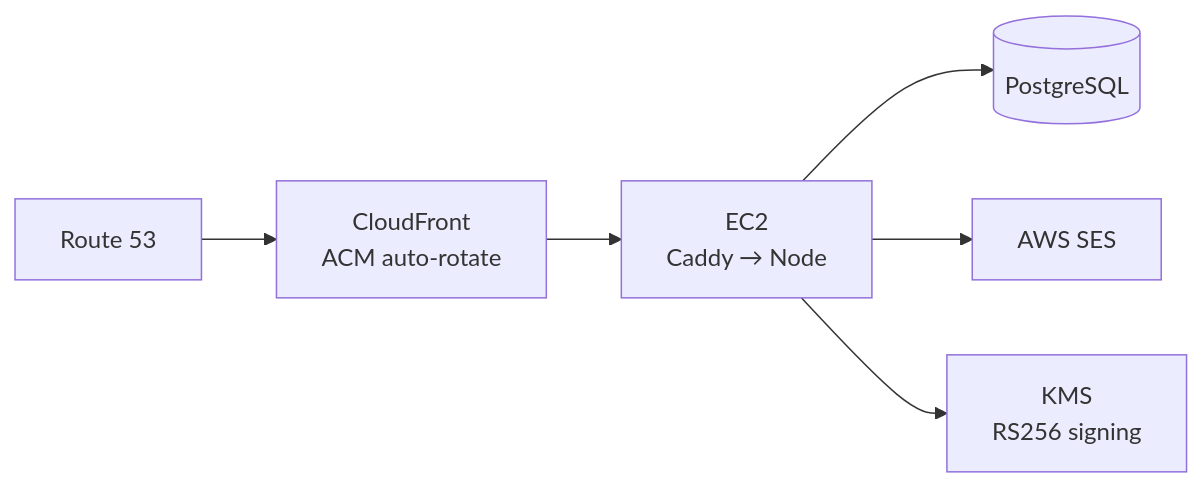
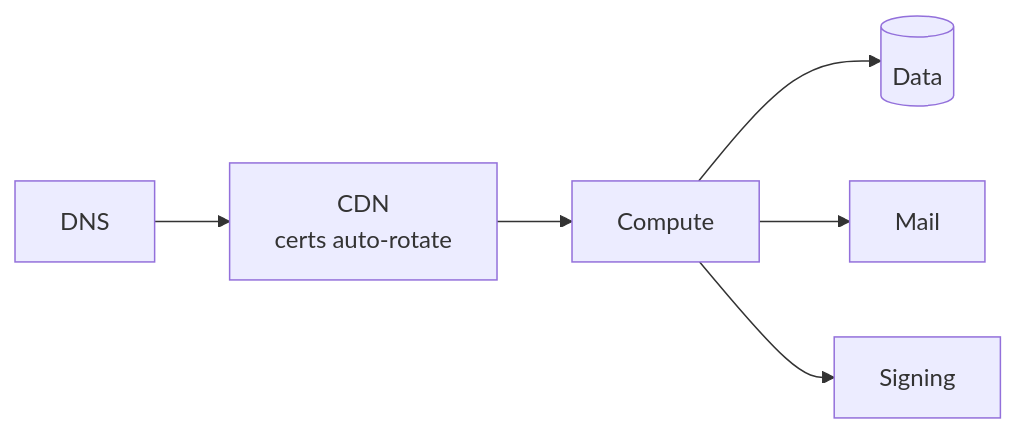
One commit to NFTeria/.github changed the first of 2 diagrams in profile/README.md. Above: the diagram before and after it, drawn with Mermaid. The commit also changed other lines of this file, not shown here.

````diff
--- a/profile/README.md
+++ b/profile/README.md
@@ -21,8 +21,8 @@
 ```mermaid
 flowchart LR
-    R53[Route 53] --> CF[CloudFront<br/>ACM auto-rotate]
-    CF --> EC2[EC2<br/>Caddy → Node]
-    EC2 --> RDS[(PostgreSQL)]
-    EC2 --> SES[AWS SES]
-    EC2 --> KMS[KMS<br/>RS256 signing]
+    DNS[DNS] --> CDN[CDN<br/>certs auto-rotate]
+    CDN --> Compute[Compute]
+    Compute --> Store[(Data)]
+    Compute --> Mail[Mail]
+    Compute --> Sign[Signing]
 ```
````
